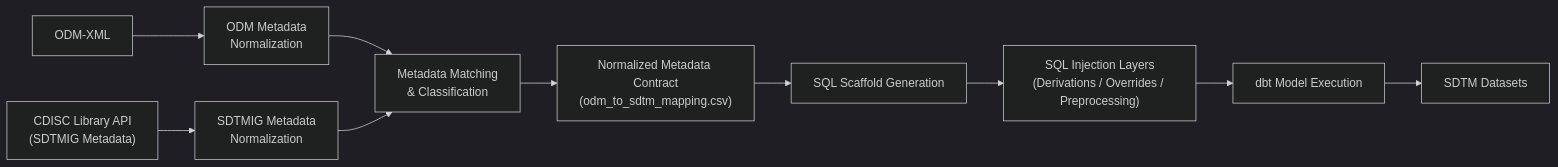
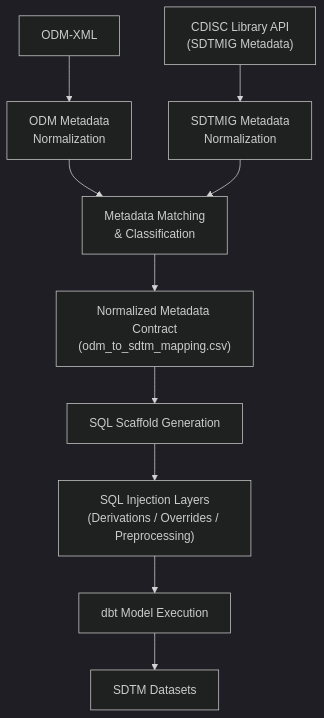
Before and after one commit to mlogan914/sdtm-blueprint-as-a-service: the diagram in docs/architecture-overview.md, drawn with Mermaid (dark theme).

Commit message:
Changed diagram orientation to top down

````diff
--- a/docs/architecture-overview.md
+++ b/docs/architecture-overview.md
@@ -46,37 +46,37 @@
 ```mermaid
-flowchart LR
+flowchart TD
 
     ODM["ODM-XML"]
     CDISC["CDISC Library API<br/>(SDTMIG Metadata)"]
 
     ODMNORM["ODM Metadata<br/>Normalization"]
     SDTMNORM["SDTMIG Metadata<br/>Normalization"]
 
     MATCH["Metadata Matching<br/>& Classification"]
 
     CSV["Normalized Metadata Contract<br/>(odm_to_sdtm_mapping.csv)"]
 
     SCAFFOLD["SQL Scaffold Generation"]
 
     INJECT["SQL Injection Layers<br/>(Derivations / Overrides / Preprocessing)"]
 
     DBT["dbt Model Execution"]
 
     SDTM["SDTM Datasets"]
 
     ODM --> ODMNORM
     CDISC --> SDTMNORM
 
     ODMNORM --> MATCH
     SDTMNORM --> MATCH
 
     MATCH --> CSV
 
     CSV --> SCAFFOLD
 
     SCAFFOLD --> INJECT
 
     INJECT --> DBT
 
     DBT --> SDTM
 ```
````
